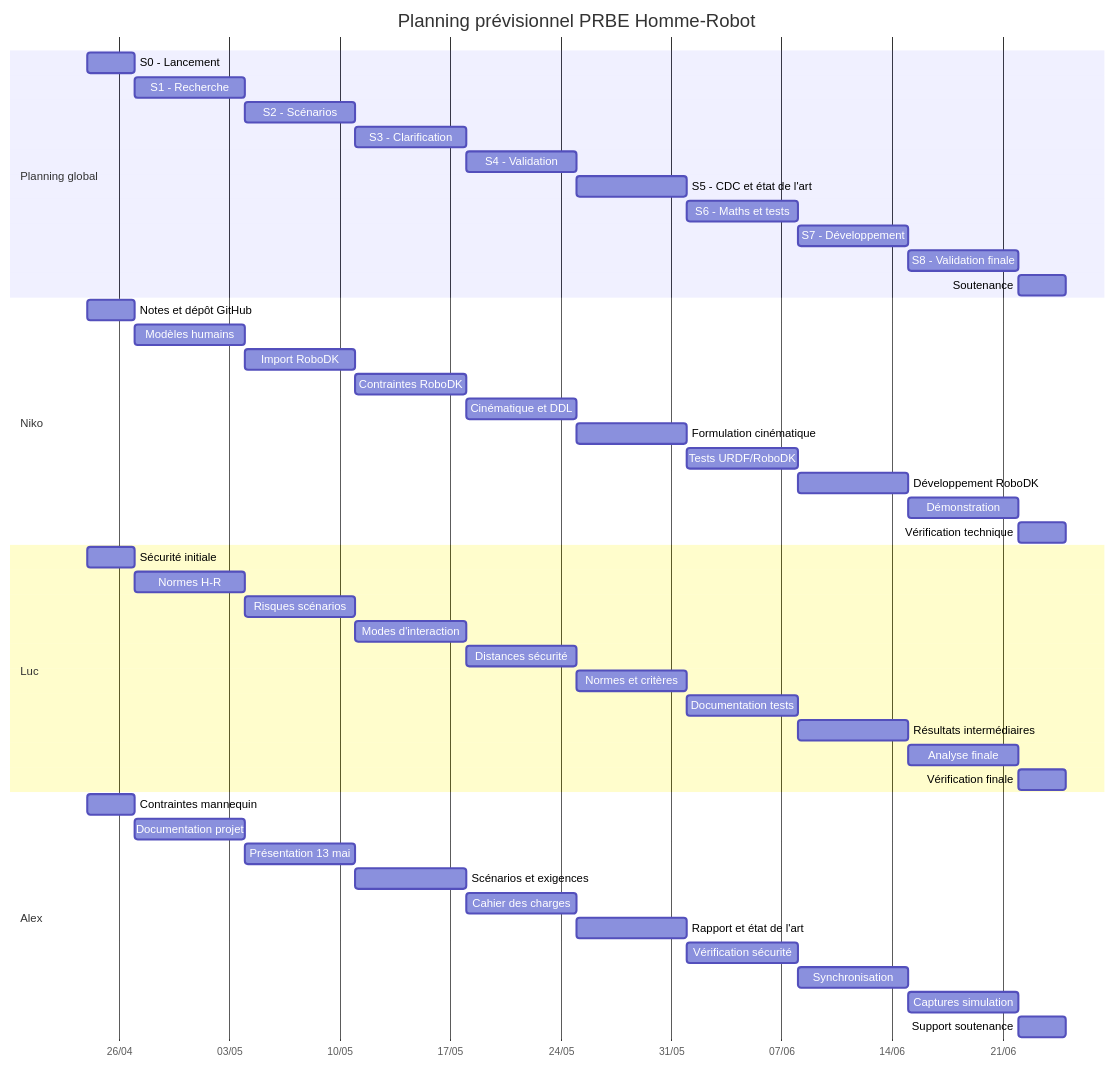
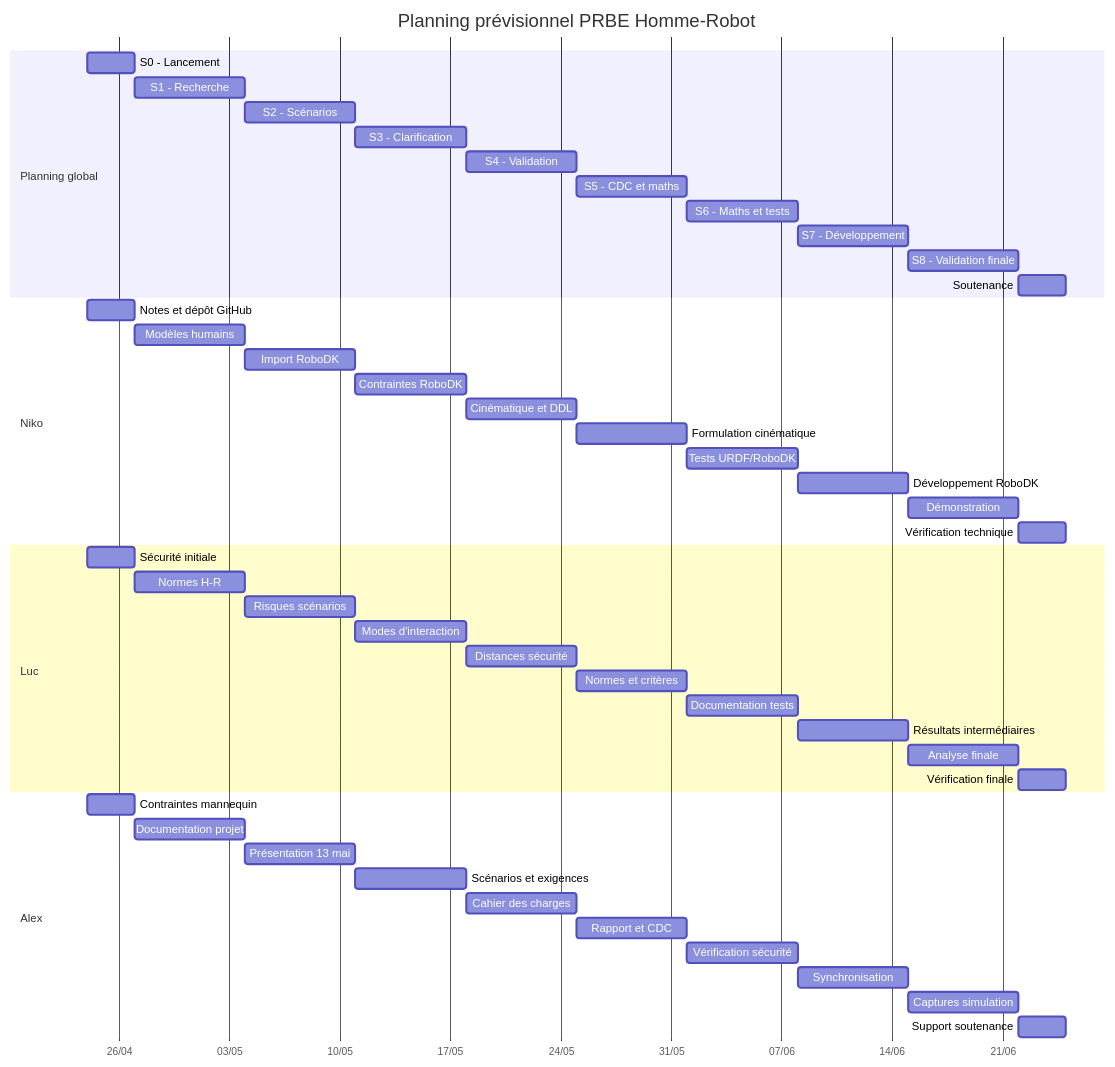
Before and after one commit to ProjectInitNiko/PRBE-Homme-Robot: the diagram in docs/cahier-des-charges.md, drawn with Mermaid. The commit also changed other lines of this file, not shown here.

Commit message:
Update S5 planning scope

````diff
--- a/docs/cahier-des-charges.md
+++ b/docs/cahier-des-charges.md
@@ -228,54 +228,54 @@
 ```mermaid
 gantt
     title Planning prévisionnel PRBE Homme-Robot
     dateFormat  YYYY-MM-DD
     axisFormat  %d/%m
 
     section Planning global
     S0 - Lancement                  :s0, 2026-04-24, 3d
     S1 - Recherche                  :s1, 2026-04-27, 7d
     S2 - Scénarios                  :s2, 2026-05-04, 7d
     S3 - Clarification              :s3, 2026-05-11, 7d
     S4 - Validation                 :s4, 2026-05-18, 7d
-    S5 - CDC et état de l'art       :s5, 2026-05-25, 7d
+    S5 - CDC et maths               :s5, 2026-05-25, 7d
     S6 - Maths et tests             :s6, 2026-06-01, 7d
     S7 - Développement              :s7, 2026-06-08, 7d
     S8 - Validation finale          :s8, 2026-06-15, 7d
     Soutenance                      :final, 2026-06-22, 3d
 
     section Niko
     Notes et dépôt GitHub           :n0, 2026-04-24, 3d
     Modèles humains                 :n1, 2026-04-27, 7d
     Import RoboDK                   :n2, 2026-05-04, 7d
     Contraintes RoboDK              :n3, 2026-05-11, 7d
     Cinématique et DDL              :n4, 2026-05-18, 7d
     Formulation cinématique         :n5, 2026-05-25, 7d
     Tests URDF/RoboDK               :n6, 2026-06-01, 7d
     Développement RoboDK            :n7, 2026-06-08, 7d
     Démonstration                   :n8, 2026-06-15, 7d
     Vérification technique          :n9, 2026-06-22, 3d
 
     section Luc
     Sécurité initiale               :l0, 2026-04-24, 3d
     Normes H-R                      :l1, 2026-04-27, 7d
     Risques scénarios               :l2, 2026-05-04, 7d
     Modes d'interaction             :l3, 2026-05-11, 7d
     Distances sécurité              :l4, 2026-05-18, 7d
     Normes et critères              :l5, 2026-05-25, 7d
     Documentation tests             :l6, 2026-06-01, 7d
     Résultats intermédiaires        :l7, 2026-06-08, 7d
     Analyse finale                  :l8, 2026-06-15, 7d
     Vérification finale             :l9, 2026-06-22, 3d
 
     section Alex
     Contraintes mannequin           :a0, 2026-04-24, 3d
     Documentation projet            :a1, 2026-04-27, 7d
     Présentation 13 mai             :a2, 2026-05-04, 7d
     Scénarios et exigences          :a3, 2026-05-11, 7d
     Cahier des charges              :a4, 2026-05-18, 7d
-    Rapport et état de l'art        :a5, 2026-05-25, 7d
+    Rapport et CDC                  :a5, 2026-05-25, 7d
     Vérification sécurité           :a6, 2026-06-01, 7d
     Synchronisation                 :a7, 2026-06-08, 7d
     Captures simulation             :a8, 2026-06-15, 7d
     Support soutenance              :a9, 2026-06-22, 3d
 ```
````
